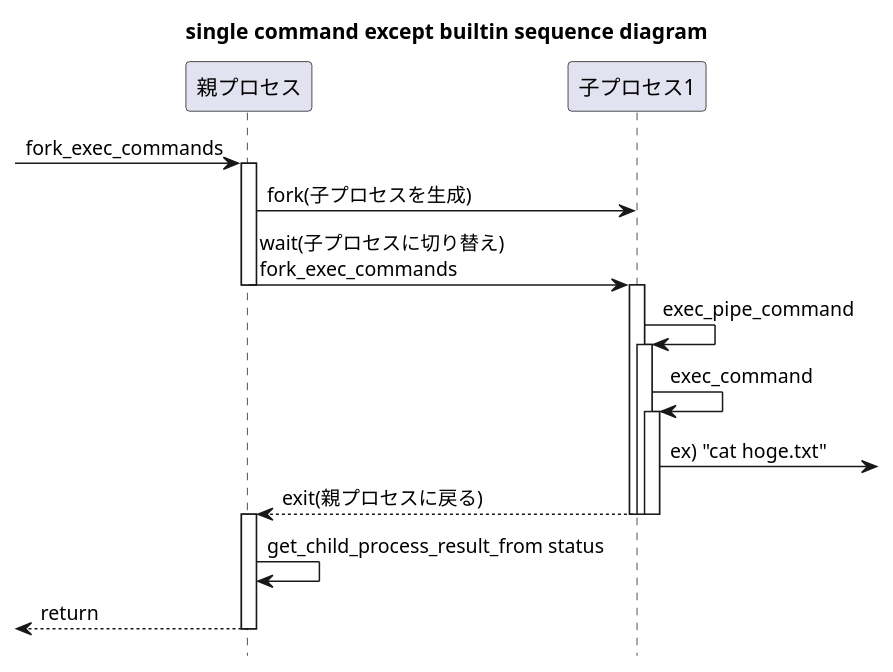
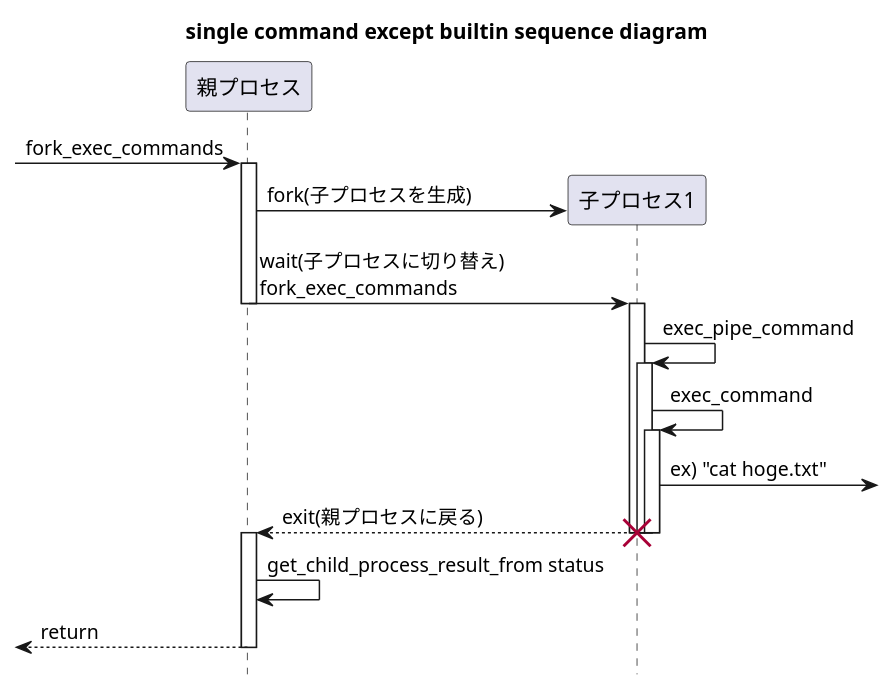
Before and after one commit to Toshiki-Nakamura/minishell: the diagram in design/sequence_not_buildin.puml, drawn with PlantUML. The commit also changed 5 other files, not shown here.

Commit message:
fix sequence diagrams

```diff
--- a/design/sequence_not_buildin.puml
+++ b/design/sequence_not_buildin.puml
@@ -3,28 +3,30 @@
 @startuml
 title single command except builtin sequence diagram
 hide footbox
 
 participant "親プロセス" as Parent
 participant "子プロセス1" as Child1
 
 [-> Parent : fork_exec_commands
 activate Parent
+create Child1
 Parent -> Child1 : fork(子プロセスを生成)
 Parent -> Child1 : wait(子プロセスに切り替え)\nfork_exec_commands
 deactivate Parent
 activate Child1
 Child1 -> Child1 : exec_pipe_command
 activate Child1
 Child1 -> Child1 : exec_command
 activate Child1
 Child1->] : ex) "cat hoge.txt"
 Parent <-- Child1 : exit(親プロセスに戻る)
 deactivate Child1
 deactivate Child1
 deactivate Child1
+destroy Child1
 activate Parent
 Parent -> Parent : get_child_process_result_from status
 [<-- Parent : return
 deactivate Parent
 
 @enduml
```
